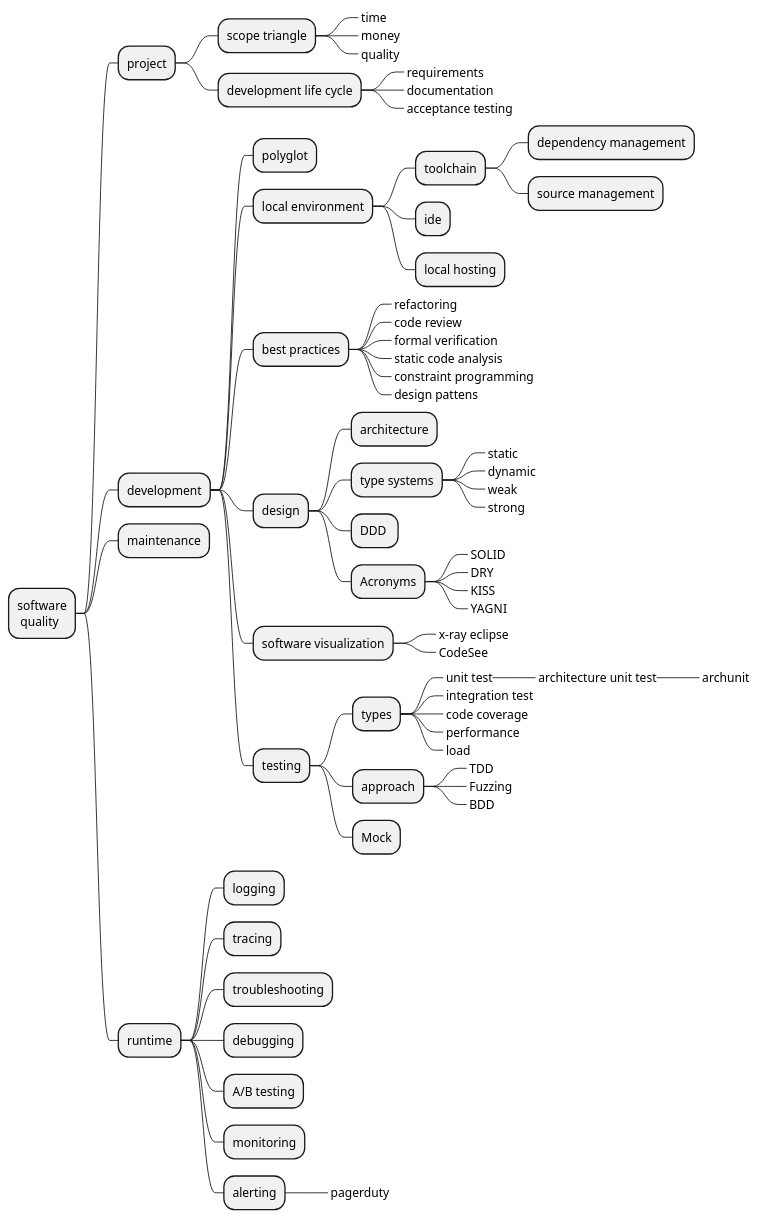
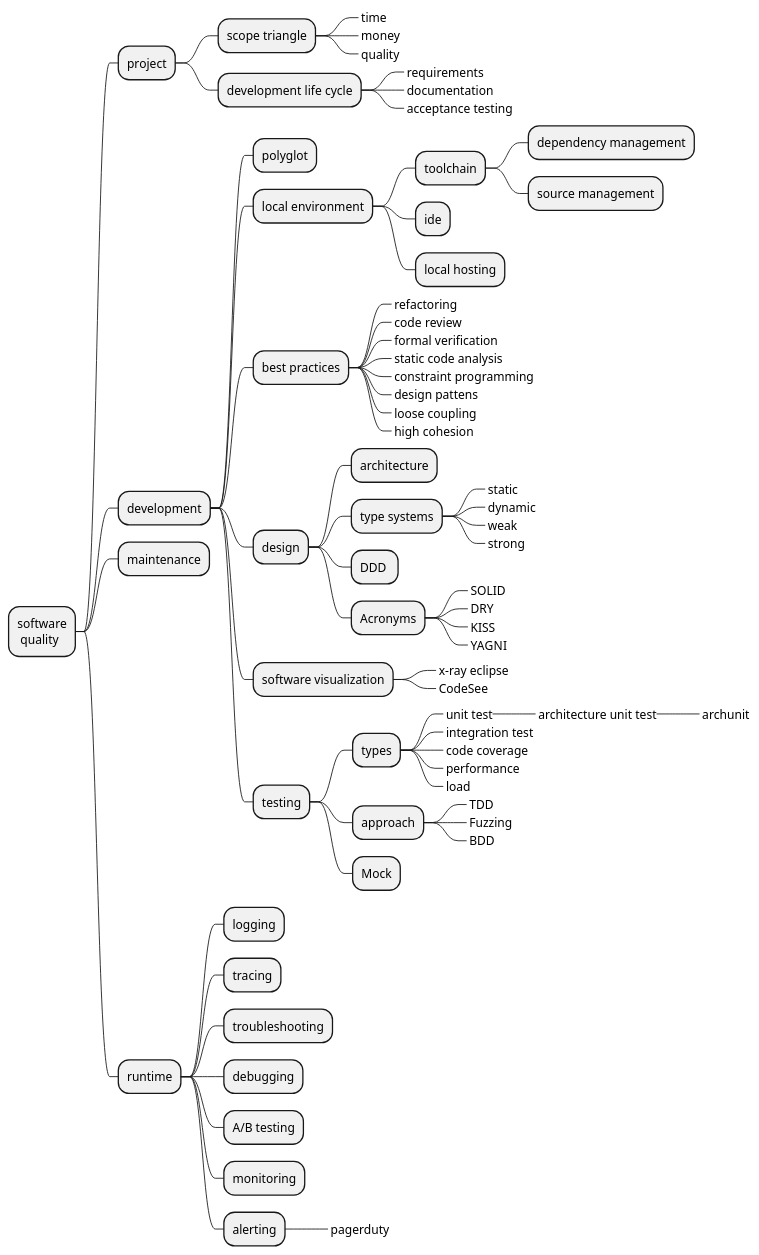
One commit to levplotkin/code-quality-roadmap changed the diagram in software-quality-roadmap.iuml. Above: the diagram before and after it, drawn with PlantUML.

```diff
--- a/software-quality-roadmap.iuml
+++ b/software-quality-roadmap.iuml
@@ -1,67 +1,69 @@
 @startmindmap
 * software\n quality
  * project
   * scope triangle
    *_ time
    *_ money
    *_ quality
   * development life cycle
    *_ requirements
    *_ documentation
    *_ acceptance testing
  * development
   * polyglot
   * local environment
    * toolchain
     * dependency management
     * source management
    * ide
    * local hosting
   * best practices
    *_ refactoring
    *_ code review
    *_ formal verification
    *_ static code analysis
    *_ constraint programming
    *_ design pattens
+   *_ loose coupling
+   *_ high cohesion
   * design
    * architecture
    * type systems
     *_ static
     *_ dynamic
     *_ weak
     *_ strong
    * DDD 
    * Acronyms
     *_ SOLID
     *_ DRY
     *_ KISS
     *_ YAGNI
   * software visualization
    *_ x-ray eclipse
    *_ CodeSee
   * testing
    * types
     *_ unit test
      *_ architecture unit test
       *_ archunit
     *_ integration test
     *_ code coverage
     *_ performance
     *_ load
    * approach
     *_ TDD
     *_ Fuzzing
     *_ BDD
    * Mock
  * maintenance
  * runtime
   * logging
   * tracing
   * troubleshooting
   * debugging
   * A/B testing
   * monitoring
   * alerting
    *_ pagerduty
 @endmindmap
```
